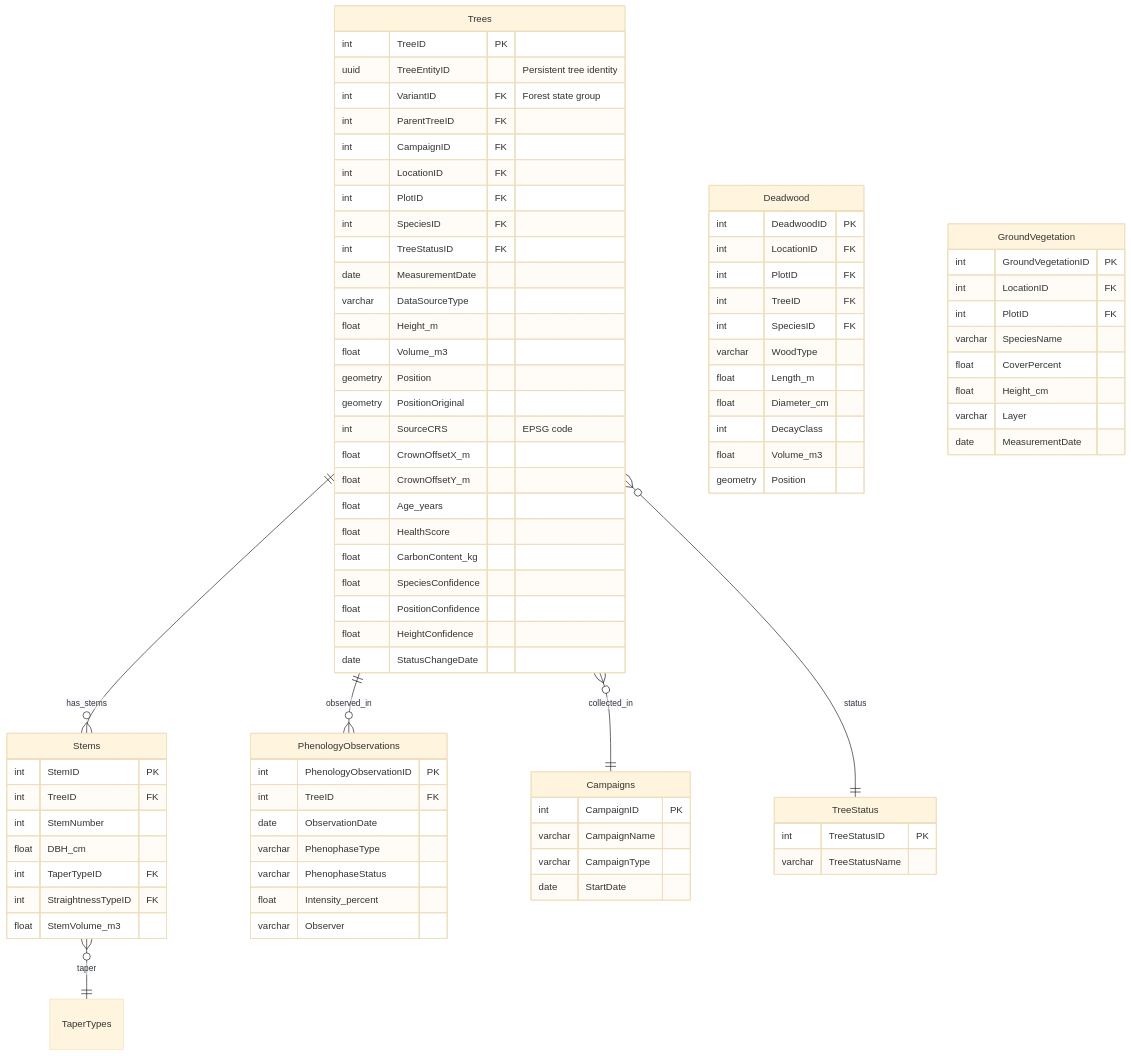
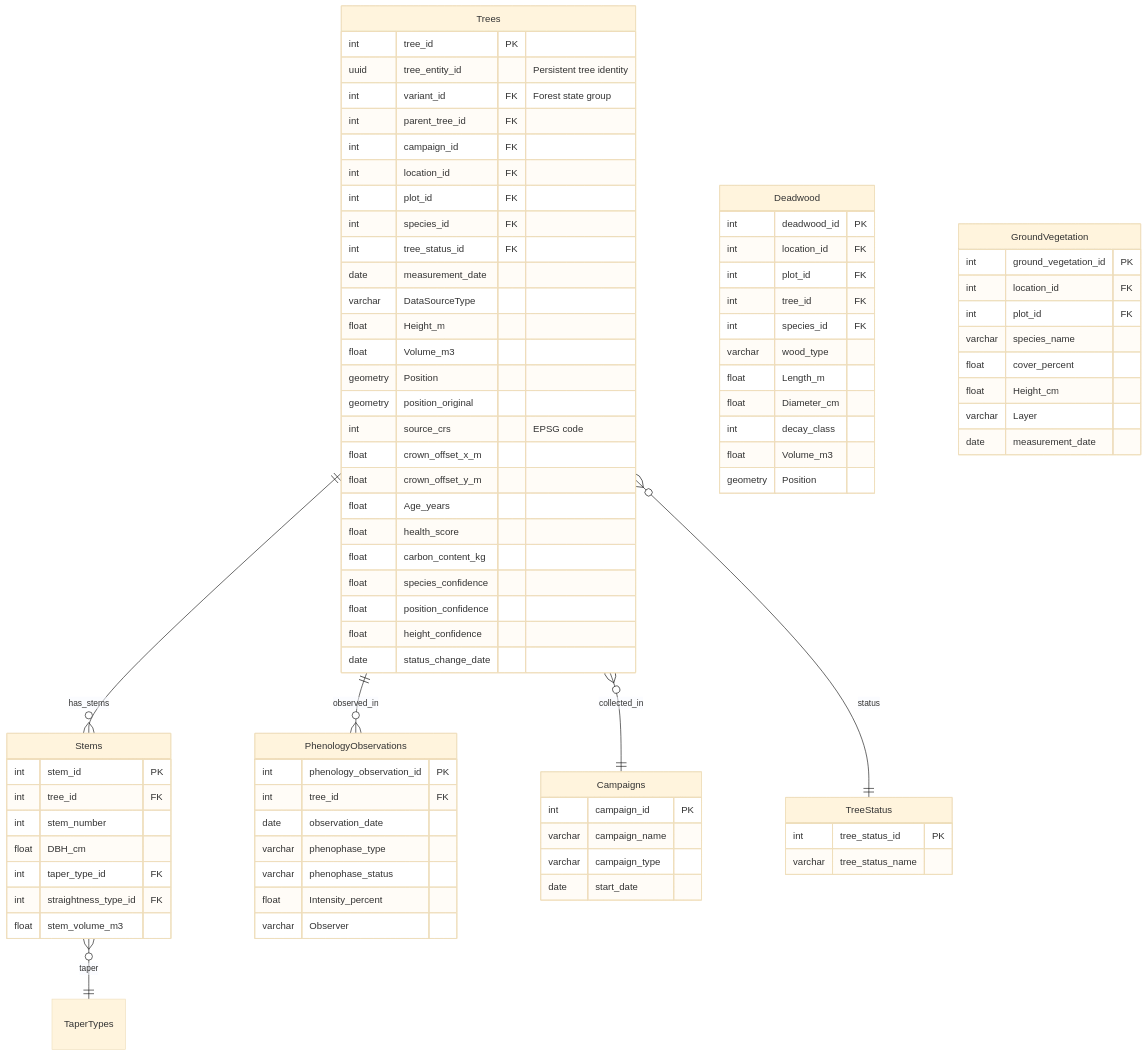
The second of 7 diagrams in docs/database-overview.md (XRFutureForests/digital-twin-db), drawn with Mermaid (base theme) before and after one commit. The commit also changed other lines of this file and 11 other files, not shown here.

First line of the commit message:
docs: snake_case column names in examples and schema references

````diff
--- a/docs/database-overview.md
+++ b/docs/database-overview.md
@@ -217,88 +217,88 @@
 ```mermaid
 erDiagram
     Trees {
-        int TreeID PK
-        uuid TreeEntityID "Persistent tree identity"
-        int VariantID FK "Forest state group"
-        int ParentTreeID FK
-        int CampaignID FK
-        int LocationID FK
-        int PlotID FK
-        int SpeciesID FK
-        int TreeStatusID FK
-        date MeasurementDate
+        int tree_id PK
+        uuid tree_entity_id "Persistent tree identity"
+        int variant_id FK "Forest state group"
+        int parent_tree_id FK
+        int campaign_id FK
+        int location_id FK
+        int plot_id FK
+        int species_id FK
+        int tree_status_id FK
+        date measurement_date
         varchar DataSourceType
         float Height_m
         float Volume_m3
         geometry Position
-        geometry PositionOriginal
-        int SourceCRS "EPSG code"
-        float CrownOffsetX_m
-        float CrownOffsetY_m
+        geometry position_original
+        int source_crs "EPSG code"
+        float crown_offset_x_m
+        float crown_offset_y_m
         float Age_years
-        float HealthScore
-        float CarbonContent_kg
-        float SpeciesConfidence
-        float PositionConfidence
-        float HeightConfidence
-        date StatusChangeDate
+        float health_score
+        float carbon_content_kg
+        float species_confidence
+        float position_confidence
+        float height_confidence
+        date status_change_date
     }
 
     Stems {
-        int StemID PK
-        int TreeID FK
-        int StemNumber
+        int stem_id PK
+        int tree_id FK
+        int stem_number
         float DBH_cm
-        int TaperTypeID FK
-        int StraightnessTypeID FK
-        float StemVolume_m3
+        int taper_type_id FK
+        int straightness_type_id FK
+        float stem_volume_m3
     }
 
     PhenologyObservations {
-        int PhenologyObservationID PK
-        int TreeID FK
-        date ObservationDate
-        varchar PhenophaseType
-        varchar PhenophaseStatus
+        int phenology_observation_id PK
+        int tree_id FK
+        date observation_date
+        varchar phenophase_type
+        varchar phenophase_status
         float Intensity_percent
         varchar Observer
     }
 
     Deadwood {
-        int DeadwoodID PK
-        int LocationID FK
-        int PlotID FK
-        int TreeID FK
-        int SpeciesID FK
-        varchar WoodType
+        int deadwood_id PK
+        int location_id FK
+        int plot_id FK
+        int tree_id FK
+        int species_id FK
+        varchar wood_type
         float Length_m
         float Diameter_cm
-        int DecayClass
+        int decay_class
         float Volume_m3
         geometry Position
     }
 
     GroundVegetation {
-        int GroundVegetationID PK
-        int LocationID FK
-        int PlotID FK
-        varchar SpeciesName
-        float CoverPercent
+        int ground_vegetation_id PK
+        int location_id FK
+        int plot_id FK
+        varchar species_name
+        float cover_percent
         float Height_cm
         varchar Layer
-        date MeasurementDate
+        date measurement_date
     }
 
     Campaigns {
-        int CampaignID PK
-        varchar CampaignName
-        varchar CampaignType
-        date StartDate
+        int campaign_id PK
+        varchar campaign_name
+        varchar campaign_type
+        date start_date
     }
 
     TreeStatus {
-        int TreeStatusID PK
-        varchar TreeStatusName
+        int tree_status_id PK
+        varchar tree_status_name
     }
 
     Trees ||--o{ Stems : "has_stems"
````
